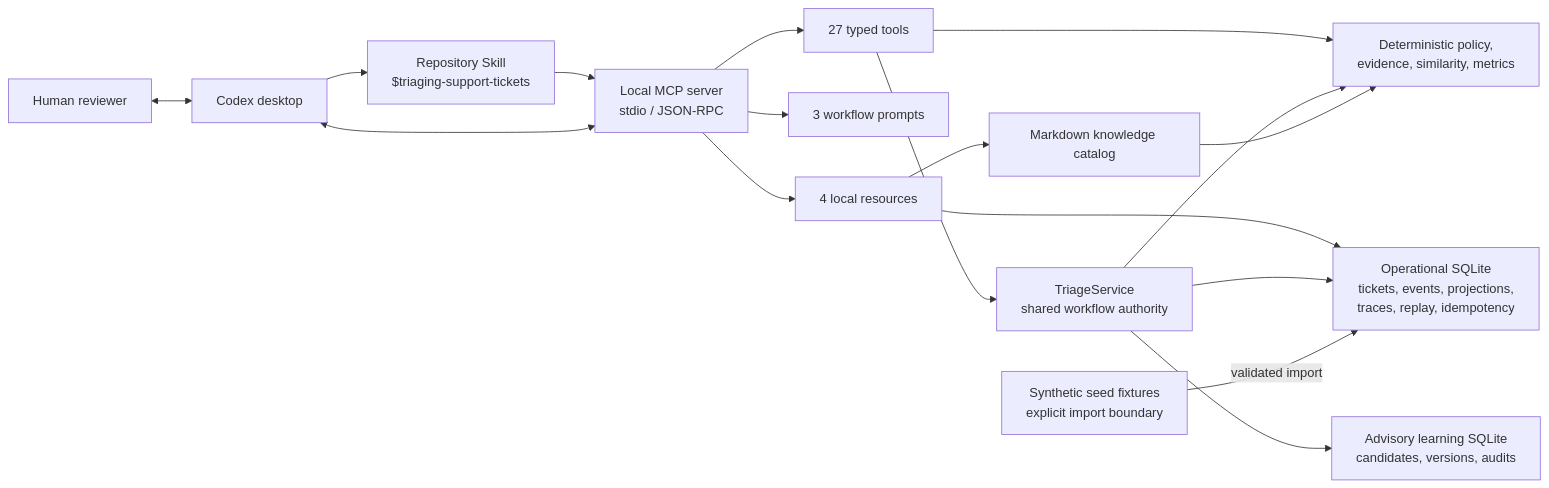
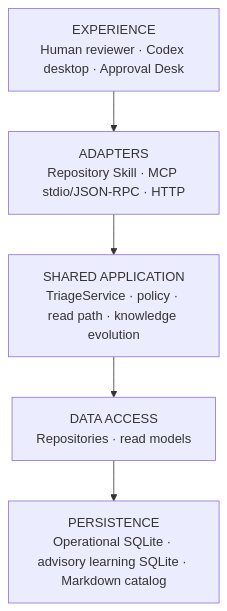
Before and after one commit to MatiasLaukka/Support-Ticket-Triage-MCP: the first of 4 diagrams in README.md, drawn with Mermaid. The commit also changed other lines of this file and 5 other files, not shown here.

````diff
--- a/README.md
+++ b/README.md
@@ -79,33 +79,10 @@
 ```mermaid
-flowchart LR
-    Human["Human reviewer"]
-    Codex["Codex desktop"]
-    Skill["Repository Skill<br/>$triaging-support-tickets"]
-    MCP["Local MCP server<br/>stdio / JSON-RPC"]
-    Tools["27 typed tools"]
-    Prompts["3 workflow prompts"]
-    Resources["4 local resources"]
-    Service["TriageService<br/>shared workflow authority"]
-    Policy["Deterministic policy,<br/>evidence, similarity, metrics"]
-    Operational["Operational SQLite<br/>tickets, events, projections,<br/>traces, replay, idempotency"]
-    Learning["Advisory learning SQLite<br/>candidates, versions, audits"]
-    Knowledge["Markdown knowledge catalog"]
-    Seed["Synthetic seed fixtures<br/>explicit import boundary"]
+flowchart TB
+    Experience["EXPERIENCE<br/>Human reviewer · Codex desktop · Approval Desk"]
+    Adapters["ADAPTERS<br/>Repository Skill · MCP stdio/JSON-RPC · HTTP"]
+    Application["SHARED APPLICATION<br/>TriageService · policy · read path · knowledge evolution"]
+    DataAccess["DATA ACCESS<br/>Repositories · read models"]
+    Persistence["PERSISTENCE<br/>Operational SQLite · advisory learning SQLite · Markdown catalog"]
 
-    Human <--> Codex
-    Codex --> Skill
-    Skill --> MCP
-    Codex <--> MCP
-    MCP --> Tools
-    MCP --> Prompts
-    MCP --> Resources
-    Tools --> Service
-    Tools --> Policy
-    Resources --> Operational
-    Resources --> Knowledge
-    Service --> Policy
-    Service --> Operational
-    Service --> Learning
-    Knowledge --> Policy
-    Seed -->|validated import| Operational
+    Experience --> Adapters --> Application --> DataAccess --> Persistence
 ```
````
